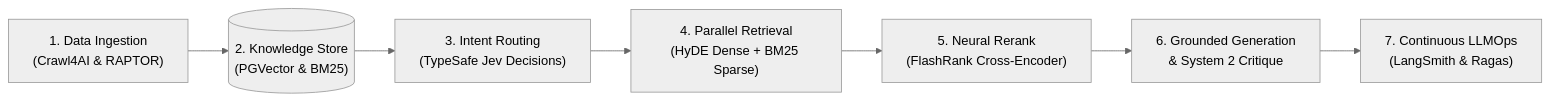
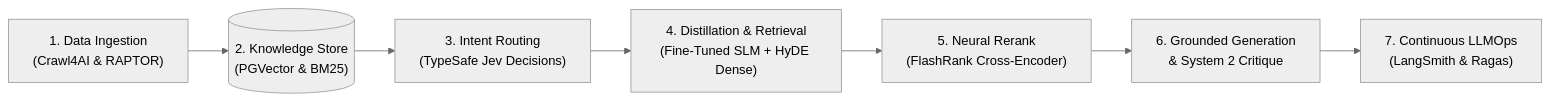
One commit to boycececil666gmailcom/documentation-chatbot changed the first of 2 diagrams in README.md. Above: the diagram before and after it, drawn with Mermaid. The commit also changed other lines of this file and 10 other files, not shown here.

Commit message:
feat(slm): integrate fine-tuned kanzi-slm-extractor with docker-compose and ollama pipeline

````diff
--- a/README.md
+++ b/README.md
@@ -20,13 +22,13 @@
 ```mermaid
 ---
 config:
   theme: neutral
 ---
 flowchart LR
     A["1. Data Ingestion<br/>(Crawl4AI & RAPTOR)"] --> B[("2. Knowledge Store<br/>(PGVector & BM25)")]
     B --> C["3. Intent Routing<br/>(TypeSafe Jev Decisions)"]
-    C --> D["4. Parallel Retrieval<br/>(HyDE Dense + BM25 Sparse)"]
+    C --> D["4. Distillation & Retrieval<br/>(Fine-Tuned SLM + HyDE Dense)"]
     D --> E["5. Neural Rerank<br/>(FlashRank Cross-Encoder)"]
     E --> F["6. Grounded Generation<br/>& System 2 Critique"]
     F --> G["7. Continuous LLMOps<br/>(LangSmith & Ragas)"]
 ```
````
